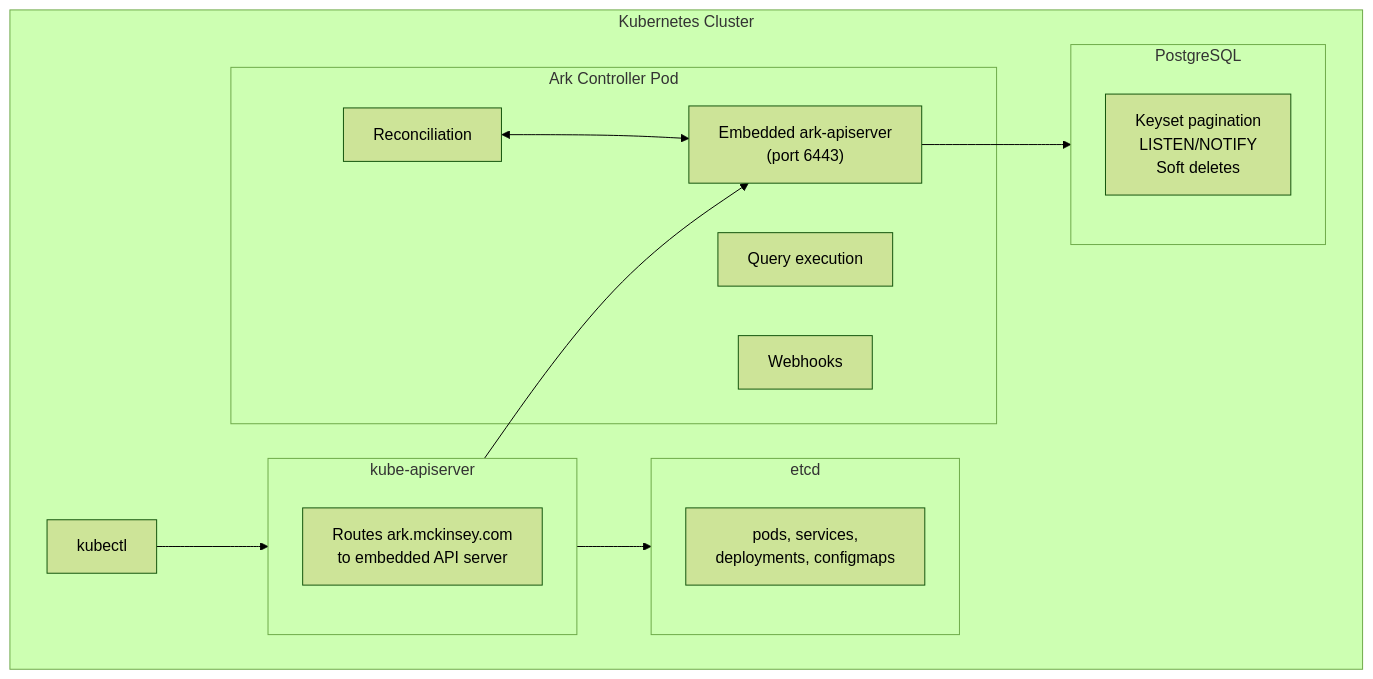
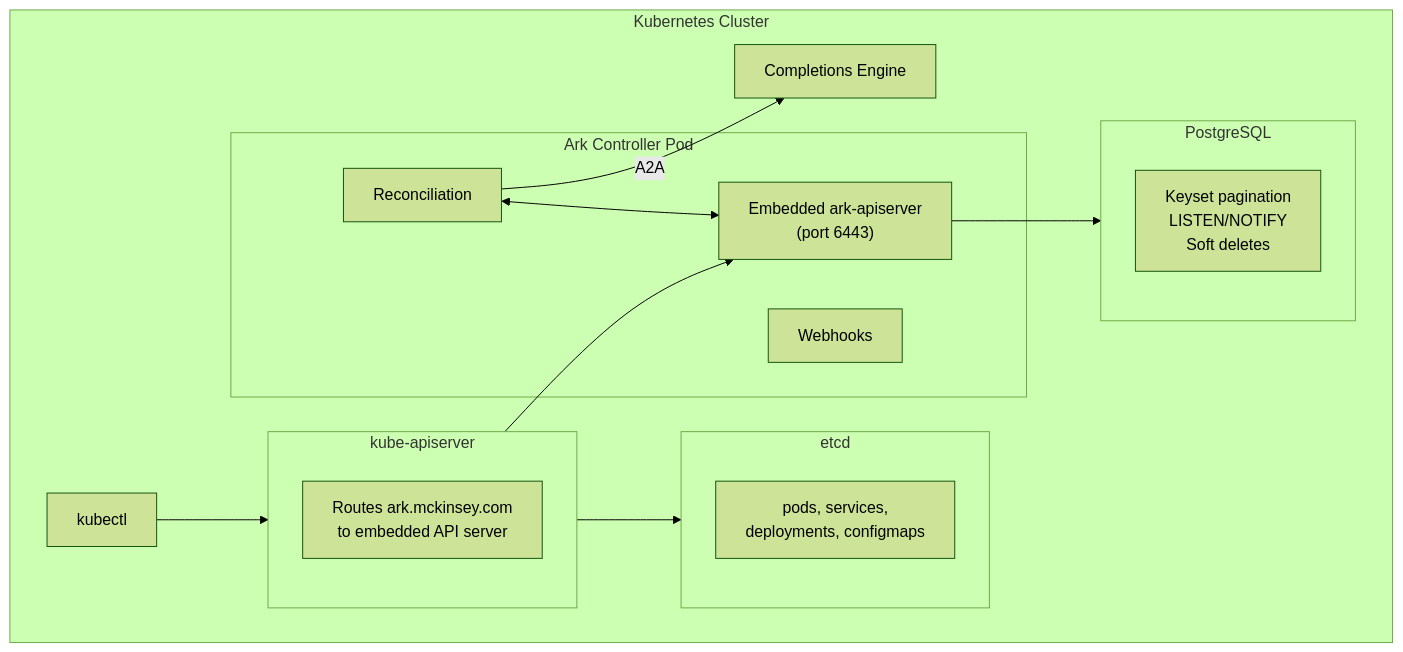
Before and after one commit to moeinghaeini/agents-at-scale-ark: the fourth of 4 diagrams in docs/content/reference/core-architecture.mdx, drawn with Mermaid (forest theme). The commit also changed other lines of this file, not shown here.

First line of the commit message:
docs: update architecture diagrams for standalone completions engine (#1367)

````diff
--- a/docs/content/reference/core-architecture.mdx
+++ b/docs/content/reference/core-architecture.mdx
@@ -178,31 +183,33 @@
 ```mermaid
 flowchart TB
     subgraph cluster["Kubernetes Cluster"]
         kubectl["kubectl"]
 
         subgraph apiserver["kube-apiserver"]
             api_desc["Routes ark.mckinsey.com<br/>to embedded API server"]
         end
 
         subgraph controller["Ark Controller Pod"]
             ctrl_reconcile["Reconciliation"]
-            ctrl_query["Query execution"]
             ctrl_webhook["Webhooks"]
             embedded_api["Embedded ark-apiserver<br/>(port 6443)"]
         end
+
+        completions["Completions Engine"]
 
         subgraph etcd_box["etcd"]
             etcd_k8s["pods, services,<br/>deployments, configmaps"]
         end
 
         subgraph postgres["PostgreSQL"]
             pg_features["Keyset pagination<br/>LISTEN/NOTIFY<br/>Soft deletes"]
         end
 
         kubectl --> apiserver
         apiserver --> etcd_box
         apiserver --> embedded_api
         embedded_api --> postgres
         ctrl_reconcile <--> embedded_api
+        ctrl_reconcile -- "A2A" --> completions
     end
 ```
````
